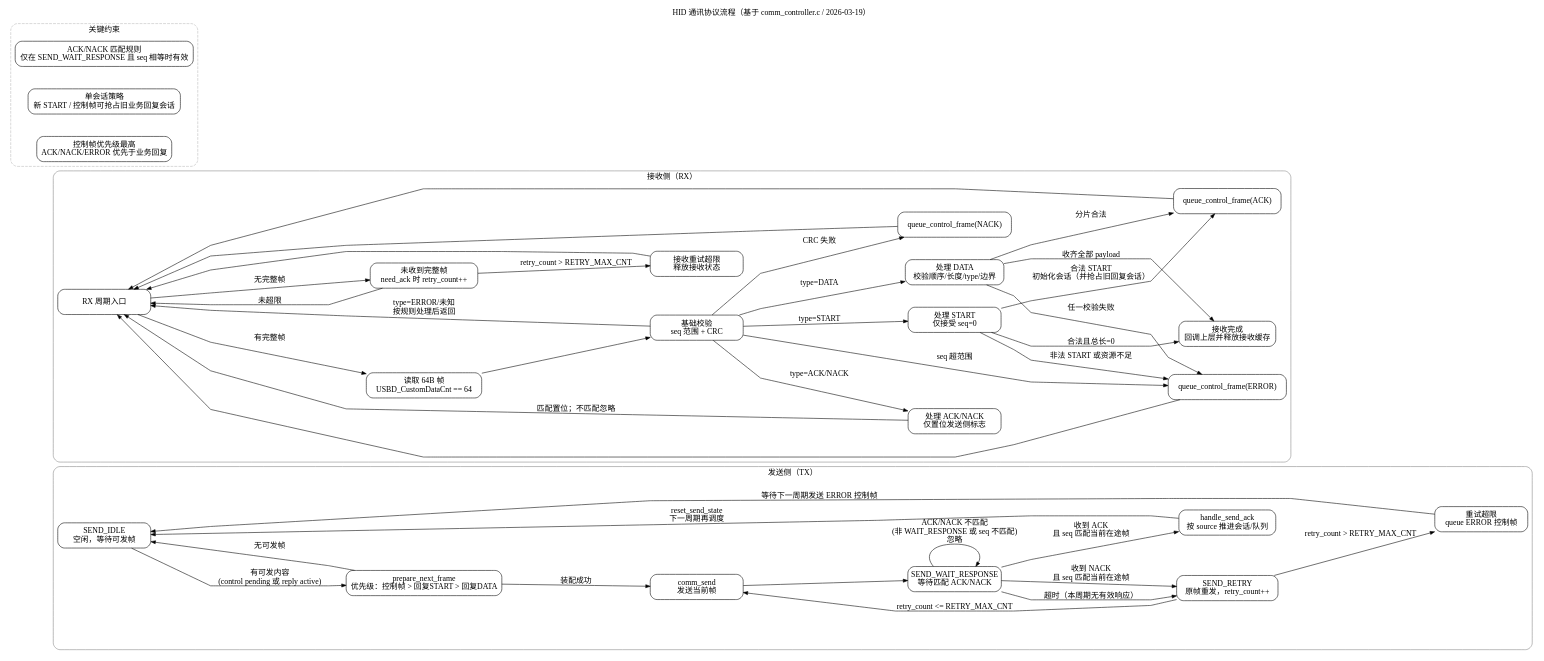
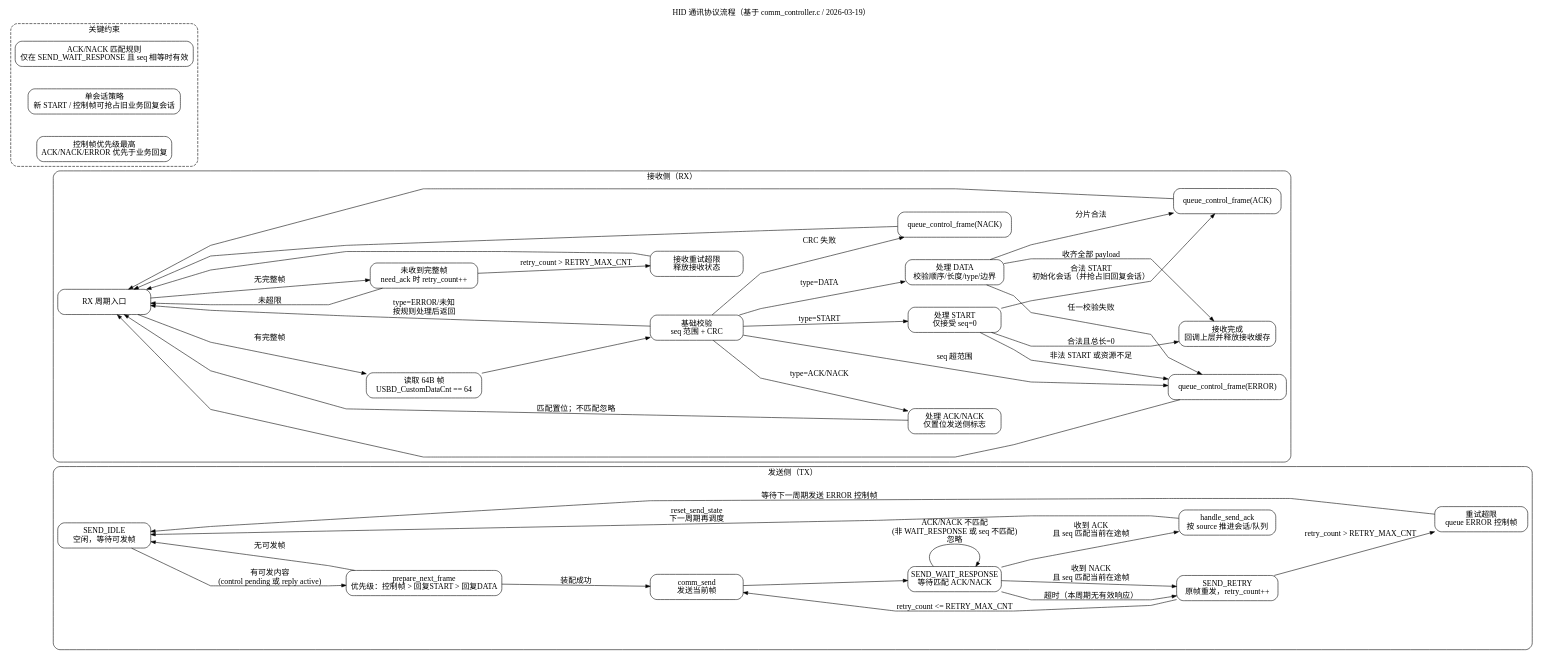
One commit to xiaowine/KeyBoard-CH32V203 changed the diagram in HID通讯协议.dot. Above: the diagram before and after it, drawn with Graphviz. The commit also changed 19 other files, not shown here.

```diff
--- a/HID通讯协议.dot
+++ b/HID通讯协议.dot
@@ -1,113 +1,113 @@
 digraph HID_Comm_Protocol {
   rankdir=LR;
   splines=polyline;
   nodesep=0.55;
   ranksep=0.85;
   fontname="Microsoft YaHei";
   labelloc="t";
   label="HID 通讯协议流程（基于 comm_controller.c / 2026-03-19）";
 
   node [
     shape=box,
     style="rounded",
     fontname="Microsoft YaHei",
     width=2.3,
     height=0.62
   ];
 
   edge [
     fontname="Microsoft YaHei",
     arrowsize=0.8
   ];
 
   subgraph cluster_send {
     label="发送侧（TX）";
-    color="#888888";
+    Color_t="#888888";
     style="rounded";
 
     SEND_IDLE [label="SEND_IDLE\n空闲，等待可发帧"];
     SEND_PREPARE [label="prepare_next_frame\n优先级：控制帧 > 回复START > 回复DATA"];
     SEND_TX [label="comm_send\n发送当前帧"];
     SEND_WAIT [label="SEND_WAIT_RESPONSE\n等待匹配 ACK/NACK"];
     SEND_ACK_OK [label="handle_send_ack\n按 source 推进会话/队列"];
     SEND_RETRY [label="SEND_RETRY\n原帧重发，retry_count++"];
     SEND_OVERFLOW [label="重试超限\nqueue ERROR 控制帧"];
 
     SEND_IDLE -> SEND_PREPARE [label="有可发内容\n(control pending 或 reply active)"];
     SEND_PREPARE -> SEND_TX [label="装配成功"];
     SEND_PREPARE -> SEND_IDLE [label="无可发帧"];
     SEND_TX -> SEND_WAIT;
 
     SEND_WAIT -> SEND_ACK_OK [label="收到 ACK\n且 seq 匹配当前在途帧"];
     SEND_WAIT -> SEND_RETRY [label="收到 NACK\n且 seq 匹配当前在途帧"];
     SEND_WAIT -> SEND_RETRY [label="超时（本周期无有效响应）"];
     SEND_WAIT -> SEND_WAIT [label="ACK/NACK 不匹配\n(非 WAIT_RESPONSE 或 seq 不匹配)\n忽略"];
 
     SEND_ACK_OK -> SEND_IDLE [label="reset_send_state\n下一周期再调度"];
 
     SEND_RETRY -> SEND_TX [label="retry_count <= RETRY_MAX_CNT"];
     SEND_RETRY -> SEND_OVERFLOW [label="retry_count > RETRY_MAX_CNT"];
     SEND_OVERFLOW -> SEND_IDLE [label="等待下一周期发送 ERROR 控制帧"];
   }
 
   subgraph cluster_receive {
     label="接收侧（RX）";
-    color="#888888";
+    Color_t="#888888";
     style="rounded";
 
     RX_IDLE [label="RX 周期入口"];
     RX_FRAME [label="读取 64B 帧\nUSBD_CustomDataCnt == 64"];
     RX_VERIFY [label="基础校验\nseq 范围 + CRC"];
 
     RX_START [label="处理 START\n仅接受 seq=0"];
     RX_DATA [label="处理 DATA\n校验顺序/长度/type/边界"];
     RX_ACKNACK [label="处理 ACK/NACK\n仅置位发送侧标志"];
 
     RX_Q_ACK [label="queue_control_frame(ACK)"];
     RX_Q_NACK [label="queue_control_frame(NACK)"];
     RX_Q_ERR [label="queue_control_frame(ERROR)"];
 
     RX_COMPLETE [label="接收完成\n回调上层并释放接收缓存"];
     RX_TICK [label="未收到完整帧\nneed_ack 时 retry_count++"];
     RX_RESET [label="接收重试超限\n释放接收状态"];
 
     RX_IDLE -> RX_FRAME [label="有完整帧"];
     RX_IDLE -> RX_TICK [label="无完整帧"];
 
     RX_FRAME -> RX_VERIFY;
     RX_VERIFY -> RX_Q_ERR [label="seq 超范围"];
     RX_VERIFY -> RX_Q_NACK [label="CRC 失败"];
     RX_VERIFY -> RX_START [label="type=START"];
     RX_VERIFY -> RX_DATA [label="type=DATA"];
     RX_VERIFY -> RX_ACKNACK [label="type=ACK/NACK"];
     RX_VERIFY -> RX_IDLE [label="type=ERROR/未知\n按规则处理后返回"];
 
     RX_START -> RX_Q_ERR [label="非法 START 或资源不足"];
     RX_START -> RX_Q_ACK [label="合法 START\n初始化会话（并抢占旧回复会话）"];
     RX_START -> RX_COMPLETE [label="合法且总长=0"];
 
     RX_DATA -> RX_Q_ERR [label="任一校验失败"];
     RX_DATA -> RX_Q_ACK [label="分片合法"];
     RX_DATA -> RX_COMPLETE [label="收齐全部 payload"];
 
     RX_ACKNACK -> RX_IDLE [label="匹配置位；不匹配忽略"];
 
     RX_Q_ACK -> RX_IDLE;
     RX_Q_NACK -> RX_IDLE;
     RX_Q_ERR -> RX_IDLE;
 
     RX_TICK -> RX_RESET [label="retry_count > RETRY_MAX_CNT"];
     RX_TICK -> RX_IDLE [label="未超限"];
     RX_RESET -> RX_IDLE;
   }
 
   subgraph cluster_rules {
     label="关键约束";
-    color="#BBBBBB";
+    Color_t="#BBBBBB";
     style="rounded,dashed";
 
     RULE1 [label="ACK/NACK 匹配规则\n仅在 SEND_WAIT_RESPONSE 且 seq 相等时有效"];
     RULE2 [label="单会话策略\n新 START / 控制帧可抢占旧业务回复会话"];
     RULE3 [label="控制帧优先级最高\nACK/NACK/ERROR 优先于业务回复"];
   }
 }
```
